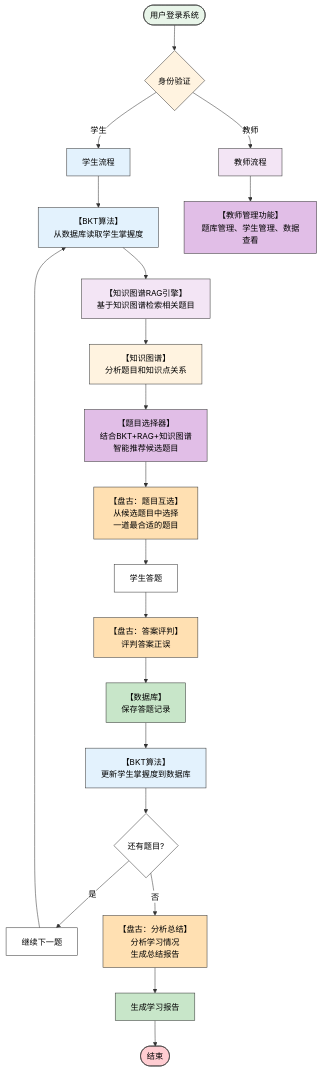
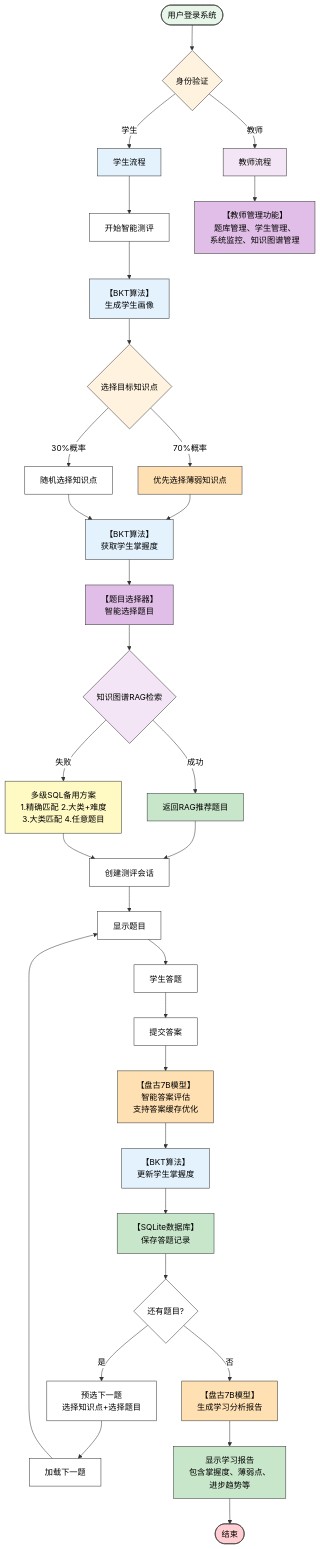
One commit to muchaucey/PersonalExam changed the third of 3 diagrams in README.md. Above: the diagram before and after it, drawn with Mermaid.

Commit message:
docs: 更新核心算法流程mermaid图，准确反映实际代码实现
- 细化智能测评流程：生成学生画像、选择知识点、获取掌握度、题目选择
- 补充题目选择策略：知识图谱RAG优先，多级SQL备用方案
- 完善答案评估流程：盘古7B模型评估，支持答案缓存优化
- 优化流程控制：预选下一题机制，BKT实时更新掌握度
- 补充报告生成：盘古7B模型生成学习分析报告
- 更新教师管理功能描述

````diff
--- a/README.md
+++ b/README.md
@@ -269,42 +269,62 @@
 ```mermaid
 %%{init: {'theme':'base', 'themeVariables': {'primaryBackgroundColor':'#ffffff', 'primaryTextColor':'#000000', 'primaryBorderColor':'#333333', 'lineColor':'#333333', 'edgeLabelBackground':'#ffffff', 'secondaryColor':'#f0f0f0', 'tertiaryColor':'#ffffff', 'mainBkgColor':'#ffffff', 'secondBkgColor':'#f5f5f5', 'tertiaryBkgColor':'#ffffff', 'background':'#ffffff', 'primaryColor':'#ffffff'}}}%%
 flowchart TD
     Start([用户登录系统]) --> Auth{身份验证}
     Auth -->|学生| StudentFlow[学生流程]
     Auth -->|教师| TeacherFlow[教师流程]
     
-    StudentFlow --> BKT1[【BKT算法】<br/>从数据库读取学生掌握度]
-    BKT1 --> RAG[【知识图谱RAG引擎】<br/>基于知识图谱检索相关题目]
-    RAG --> EntityExtract[【知识图谱】<br/>分析题目和知识点关系]
-    EntityExtract --> Selector[【题目选择器】<br/>结合BKT+RAG+知识图谱<br/>智能推荐候选题目]
-    Selector --> QuestionSelect[【盘古：题目互选】<br/>从候选题目中选择<br/>一道最合适的题目]
-    QuestionSelect --> Answer[学生答题]
-    Answer --> AnswerJudge[【盘古：答案评判】<br/>评判答案正误]
-    AnswerJudge --> SaveDB[【数据库】<br/>保存答题记录]
-    SaveDB --> BKT2[【BKT算法】<br/>更新学生掌握度到数据库]
-    BKT2 --> Decision{还有题目?}
-    Decision -->|是| Next[继续下一题]
-    Decision -->|否| Analysis[【盘古：分析总结】<br/>分析学习情况<br/>生成总结报告]
-    Next --> BKT1
-    Analysis --> Report[生成学习报告]
-    Report --> End([结束])
+    StudentFlow --> StartAssess[开始智能测评]
+    StartAssess --> GenProfile[【BKT算法】<br/>生成学生画像]
+    GenProfile --> SelectKP{选择目标知识点}
+    SelectKP -->|70%概率| WeakKP[优先选择薄弱知识点]
+    SelectKP -->|30%概率| RandomKP[随机选择知识点]
+    WeakKP --> GetMastery[【BKT算法】<br/>获取学生掌握度]
+    RandomKP --> GetMastery
     
-    TeacherFlow --> Manage[【教师管理功能】<br/>题库管理、学生管理、数据查看]
+    GetMastery --> QuestionSelect[【题目选择器】<br/>智能选择题目]
+    QuestionSelect --> RAGStrategy{知识图谱RAG检索}
+    RAGStrategy -->|成功| RAGSelected[返回RAG推荐题目]
+    RAGStrategy -->|失败| Fallback[多级SQL备用方案<br/>1.精确匹配 2.大类+难度<br/>3.大类匹配 4.任意题目]
+    RAGSelected --> CreateSession[创建测评会话]
+    Fallback --> CreateSession
+    
+    CreateSession --> DisplayQ[显示题目]
+    DisplayQ --> Answer[学生答题]
+    Answer --> SubmitAnswer[提交答案]
+    
+    SubmitAnswer --> AnswerJudge[【盘古7B模型】<br/>智能答案评估<br/>支持答案缓存优化]
+    AnswerJudge --> BKTUpdate[【BKT算法】<br/>更新学生掌握度]
+    BKTUpdate --> SaveDB[【SQLite数据库】<br/>保存答题记录]
+    
+    SaveDB --> CheckMore{还有题目?}
+    CheckMore -->|是| PreSelectNext[预选下一题<br/>选择知识点+选择题目]
+    CheckMore -->|否| GenerateReport[【盘古7B模型】<br/>生成学习分析报告]
+    
+    PreSelectNext --> NextQuestion[加载下一题]
+    NextQuestion --> DisplayQ
+    
+    GenerateReport --> ShowReport[显示学习报告<br/>包含掌握度、薄弱点、<br/>进步趋势等]
+    ShowReport --> End([结束])
+    
+    TeacherFlow --> Manage[【教师管理功能】<br/>题库管理、学生管理、<br/>系统监控、知识图谱管理]
     
     style Start fill:#E8F5E9
     style Auth fill:#FFF3E0
     style StudentFlow fill:#E3F2FD
     style TeacherFlow fill:#F3E5F5
-    style BKT1 fill:#E3F2FD
-    style RAG fill:#F3E5F5
-    style EntityExtract fill:#FFF3E0
-    style Selector fill:#E1BEE7
-    style QuestionSelect fill:#FFE0B2
+    style GenProfile fill:#E3F2FD
+    style SelectKP fill:#FFF3E0
+    style WeakKP fill:#FFE0B2
+    style GetMastery fill:#E3F2FD
+    style QuestionSelect fill:#E1BEE7
+    style RAGStrategy fill:#F3E5F5
+    style RAGSelected fill:#C8E6C9
+    style Fallback fill:#FFF9C4
     style AnswerJudge fill:#FFE0B2
+    style BKTUpdate fill:#E3F2FD
     style SaveDB fill:#C8E6C9
-    style BKT2 fill:#E3F2FD
-    style Analysis fill:#FFE0B2
-    style Report fill:#C8E6C9
+    style GenerateReport fill:#FFE0B2
+    style ShowReport fill:#C8E6C9
     style End fill:#FFCDD2
     style Manage fill:#E1BEE7
 ```
````
